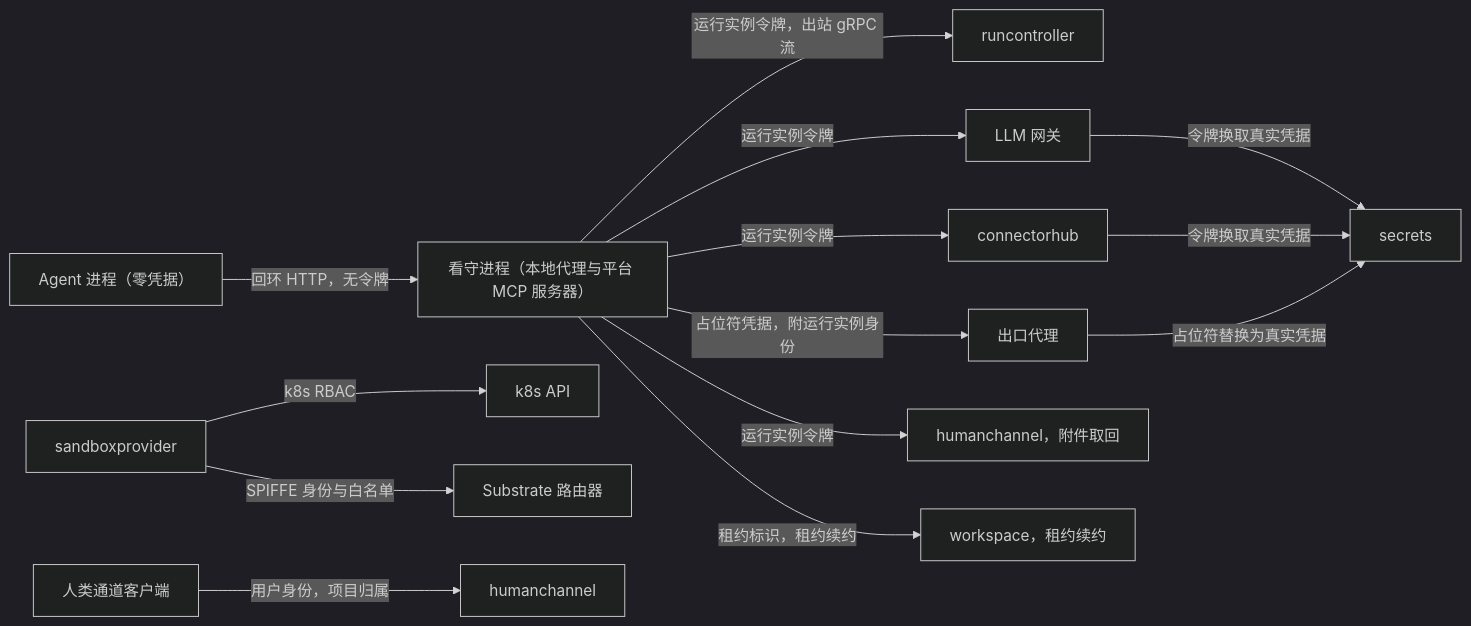
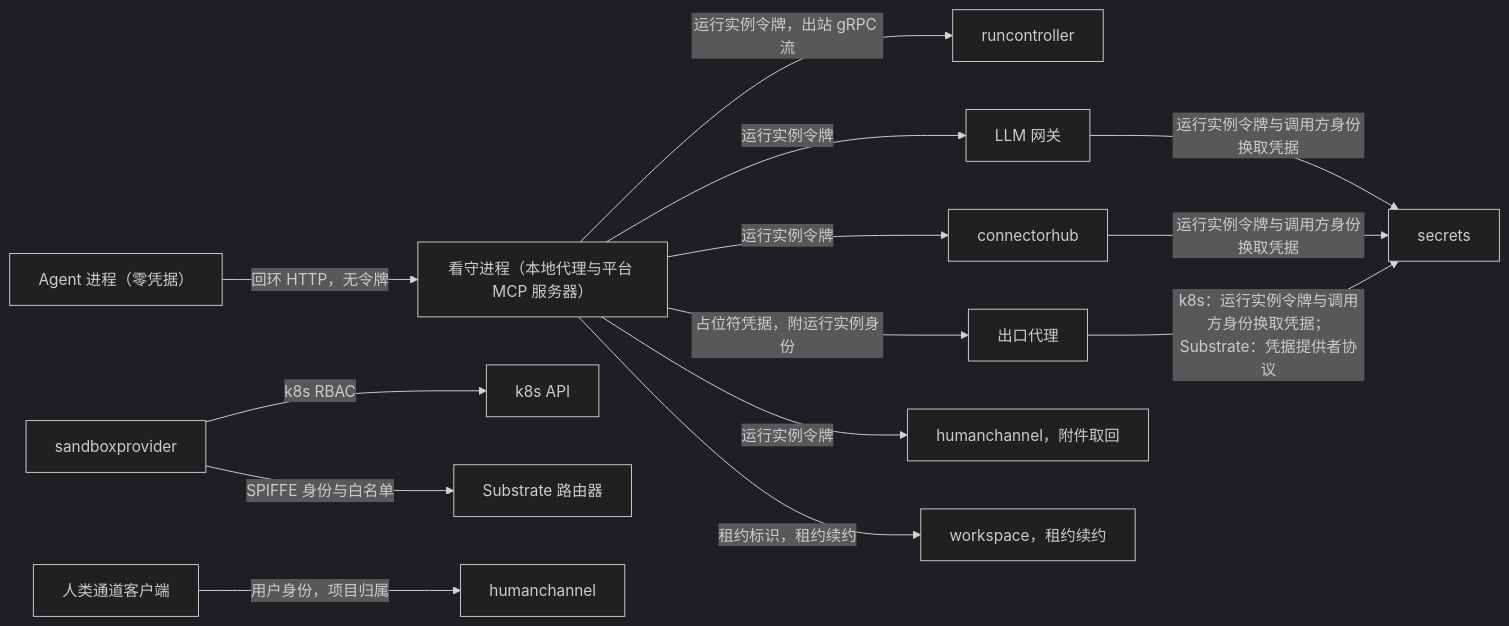
Before and after one commit to wangzw/castworks: the eighth of 8 diagrams in docs/design/architecture.md, drawn with Mermaid (dark theme). The commit also changed other lines of this file and 5 other files, not shown here.

First line of the commit message:
fix(secrets): align credential-exchange auditing with egress errors

````diff
--- a/docs/design/architecture.md
+++ b/docs/design/architecture.md
@@ -581,16 +581,16 @@
 ```mermaid
 graph LR
     agent["Agent 进程（零凭据）"] -->|"回环 HTTP，无令牌"| warden["看守进程（本地代理与平台 MCP 服务器）"]
     warden -->|"运行实例令牌，出站 gRPC 流"| rc["runcontroller"]
     warden -->|"运行实例令牌"| gw["LLM 网关"]
     warden -->|"运行实例令牌"| hub["connectorhub"]
     warden -->|"占位符凭据，附运行实例身份"| egress["出口代理"]
     warden -->|"运行实例令牌"| hc2["humanchannel，附件取回"]
     warden -->|"租约标识，租约续约"| ws2["workspace，租约续约"]
-    gw -->|"令牌换取真实凭据"| sec["secrets"]
-    hub -->|"令牌换取真实凭据"| sec
-    egress -->|"占位符替换为真实凭据"| sec
+    gw -->|"运行实例令牌与调用方身份换取凭据"| sec["secrets"]
+    hub -->|"运行实例令牌与调用方身份换取凭据"| sec
+    egress -->|"k8s：运行实例令牌与调用方身份换取凭据；Substrate：凭据提供者协议"| sec
     sp["sandboxprovider"] -->|"k8s RBAC"| k8s["k8s API"]
     sp -->|"SPIFFE 身份与白名单"| router["Substrate 路由器"]
     user["人类通道客户端"] -->|"用户身份，项目归属"| hc["humanchannel"]
 ```
````
